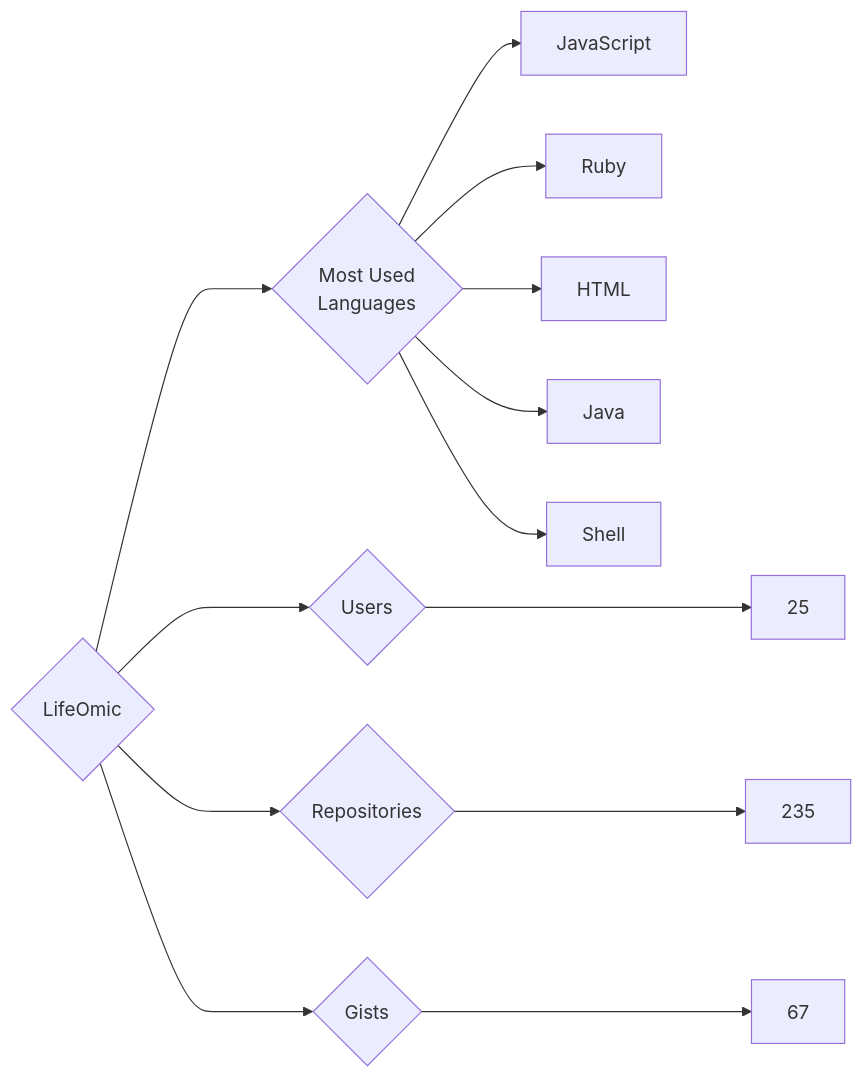
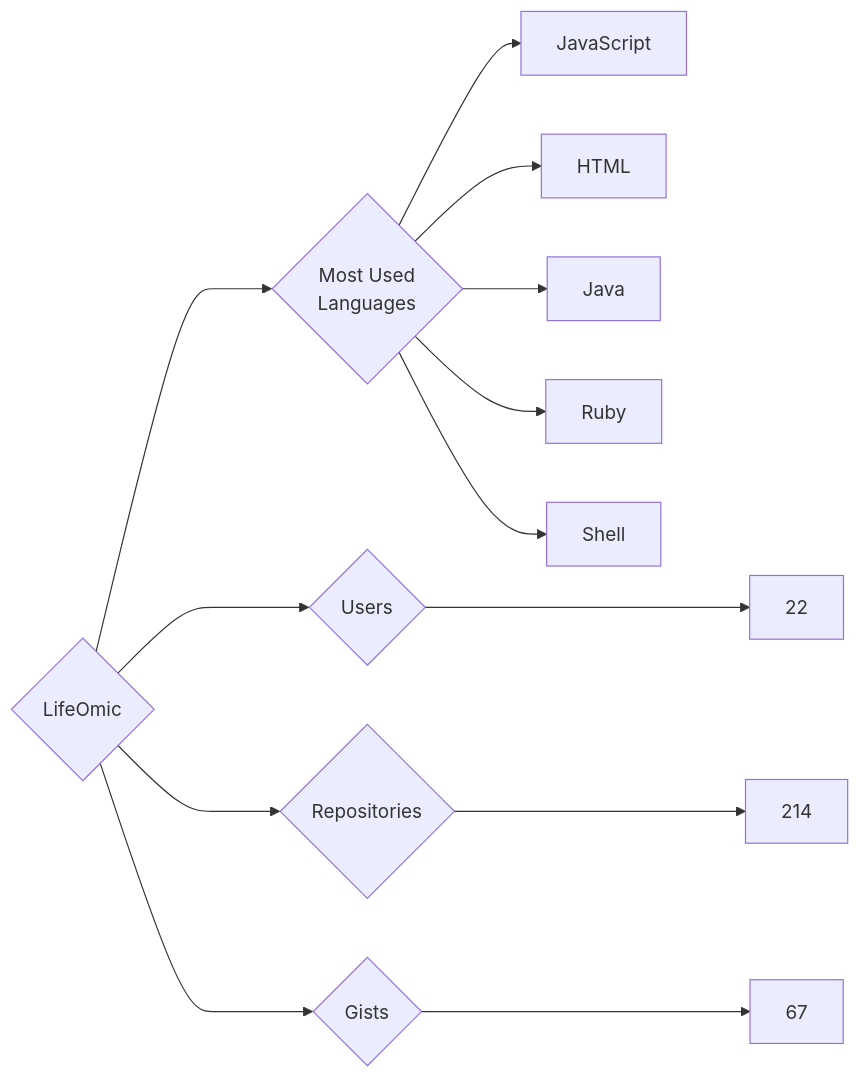
One commit to trickest/insiders changed the diagram in targets/LifeOmic/README.md. Above: the diagram before and after it, drawn with Mermaid. The commit also changed 912 other files, not shown here.

````diff
--- a/targets/LifeOmic/README.md
+++ b/targets/LifeOmic/README.md
@@ -3,13 +3,13 @@
 ```mermaid
 graph LR
 COMPANY_NAME{LifeOmic}
-COMPANY_NAME ---> U{Users} ---> UN[25]
-COMPANY_NAME ---> R{Repositories} ---> RN[235]
+COMPANY_NAME ---> U{Users} ---> UN[22]
+COMPANY_NAME ---> R{Repositories} ---> RN[214]
 COMPANY_NAME ---> G{Gists} ---> GN[67]
 COMPANY_NAME ---> ML{Most Used<br>Languages}
 ML --> JavaScript[JavaScript]
-ML --> Ruby[Ruby]
 ML --> HTML[HTML]
 ML --> Java[Java]
+ML --> Ruby[Ruby]
 ML --> Shell[Shell]
 ```
````
